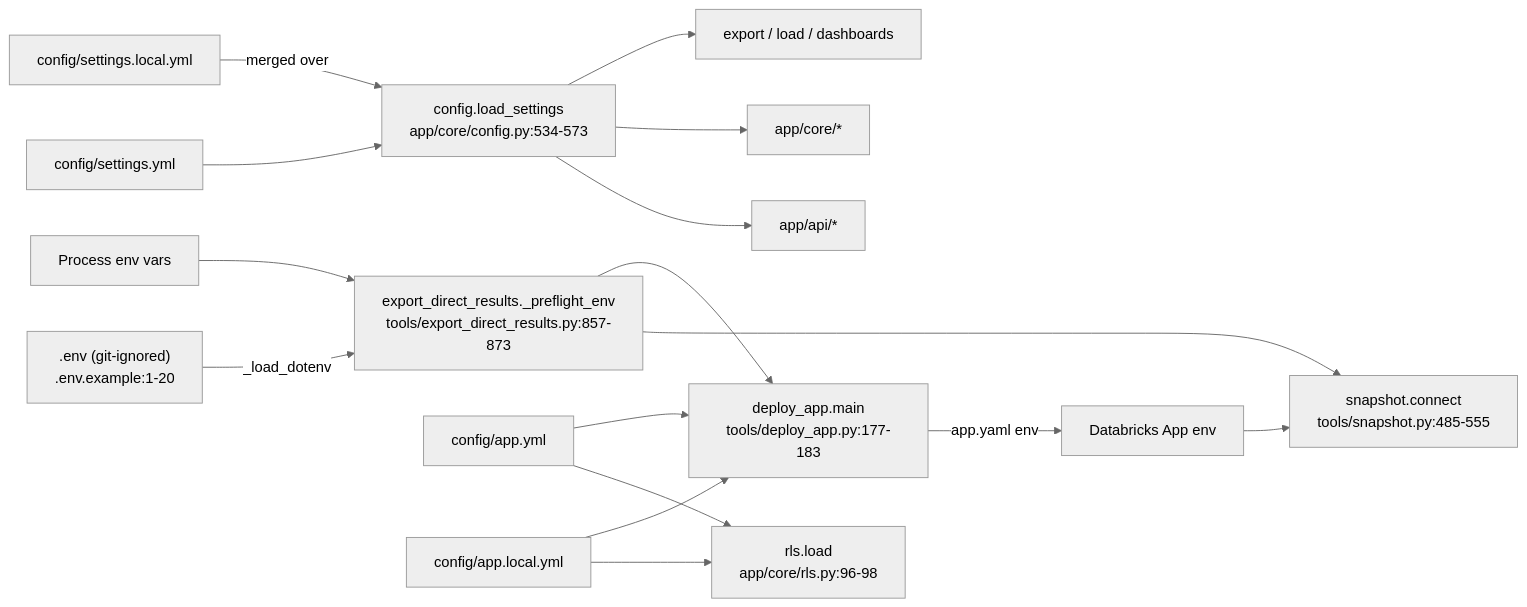
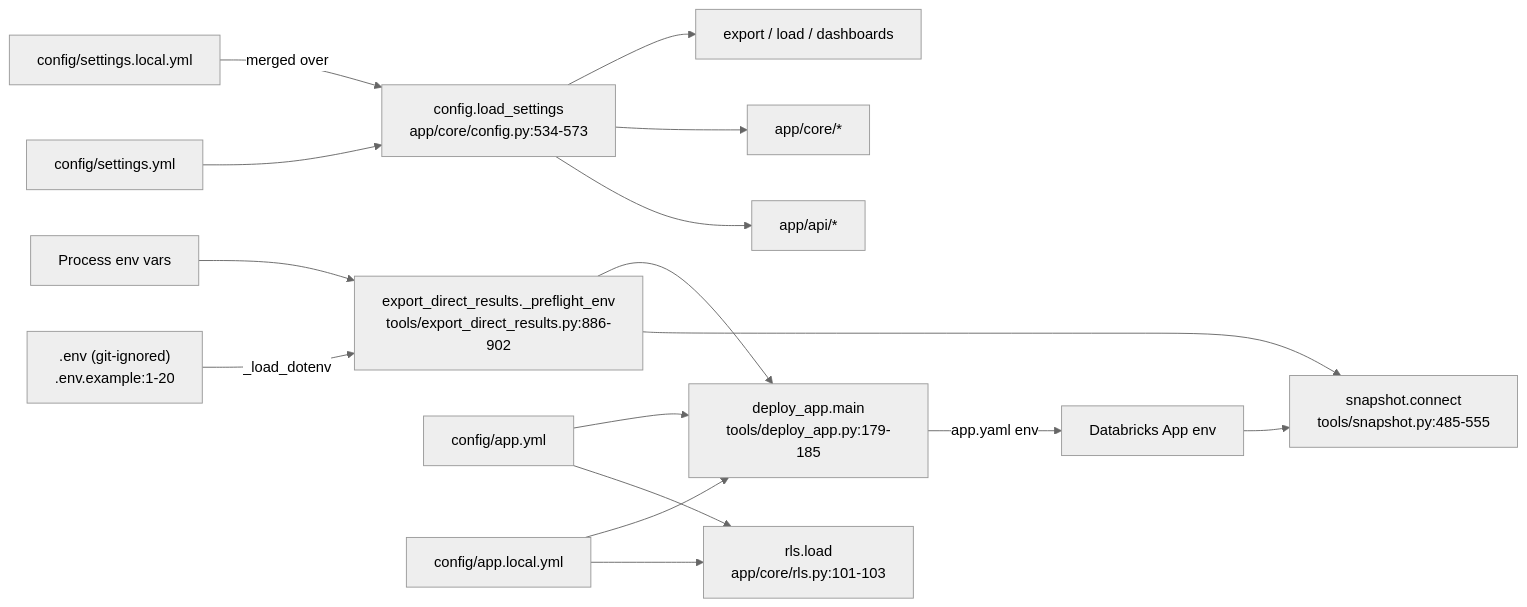
The diagram in databricks-audit-app-knowledge-graph/processes/config_and_secrets.md (darshanmeel/databricks-audit-app), drawn with Mermaid (neutral theme) before and after one commit. The commit also changed other lines of this file and 94 other files, not shown here.

First line of the commit message:
Graph and technical doc updated for the review fixes: 8,352 nodes and 23,453 edges

````diff
--- a/databricks-audit-app-knowledge-graph/processes/config_and_secrets.md
+++ b/databricks-audit-app-knowledge-graph/processes/config_and_secrets.md
@@ -5,18 +5,18 @@
 ```mermaid
 flowchart LR
-  ENV[".env (git-ignored)<br/>.env.example:1-20"] -->|_load_dotenv| EXP["export_direct_results._preflight_env<br/>tools/export_direct_results.py:857-873"]
+  ENV[".env (git-ignored)<br/>.env.example:1-20"] -->|_load_dotenv| EXP["export_direct_results._preflight_env<br/>tools/export_direct_results.py:886-902"]
   OSENV["Process env vars"] --> EXP
   EXP --> SNC["snapshot.connect<br/>tools/snapshot.py:485-555"]
-  EXP --> DEP["deploy_app.main<br/>tools/deploy_app.py:177-183"]
+  EXP --> DEP["deploy_app.main<br/>tools/deploy_app.py:179-185"]
   DEP -->|app.yaml env| APPENV["Databricks App env"]
   APPENV --> SNC
   S["config/settings.yml"] --> LS["config.load_settings<br/>app/core/config.py:534-573"]
   SL["config/settings.local.yml"] -->|merged over| LS
   LS --> API["app/api/*"]
   LS --> CORE["app/core/*"]
   LS --> TOOLS["export / load / dashboards"]
-  A["config/app.yml"] --> RLS["rls.load<br/>app/core/rls.py:96-98"]
+  A["config/app.yml"] --> RLS["rls.load<br/>app/core/rls.py:101-103"]
   AL["config/app.local.yml"] --> RLS
   A --> DEP
   AL --> DEP
 ```
````
